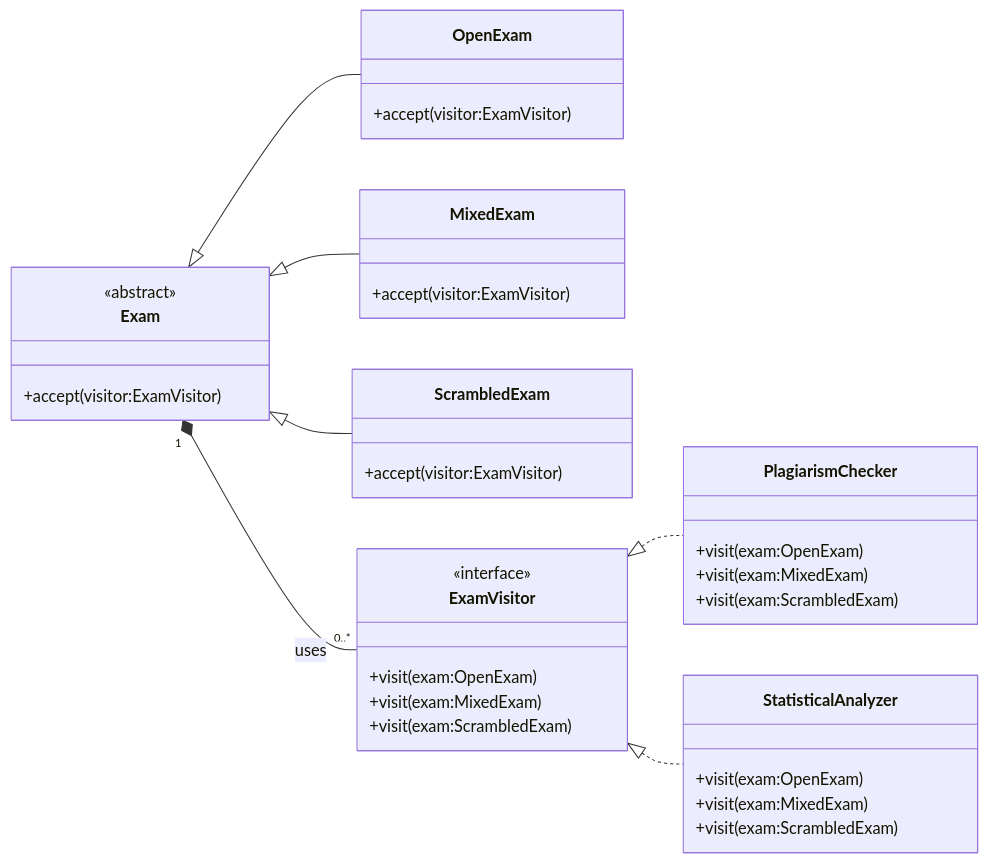
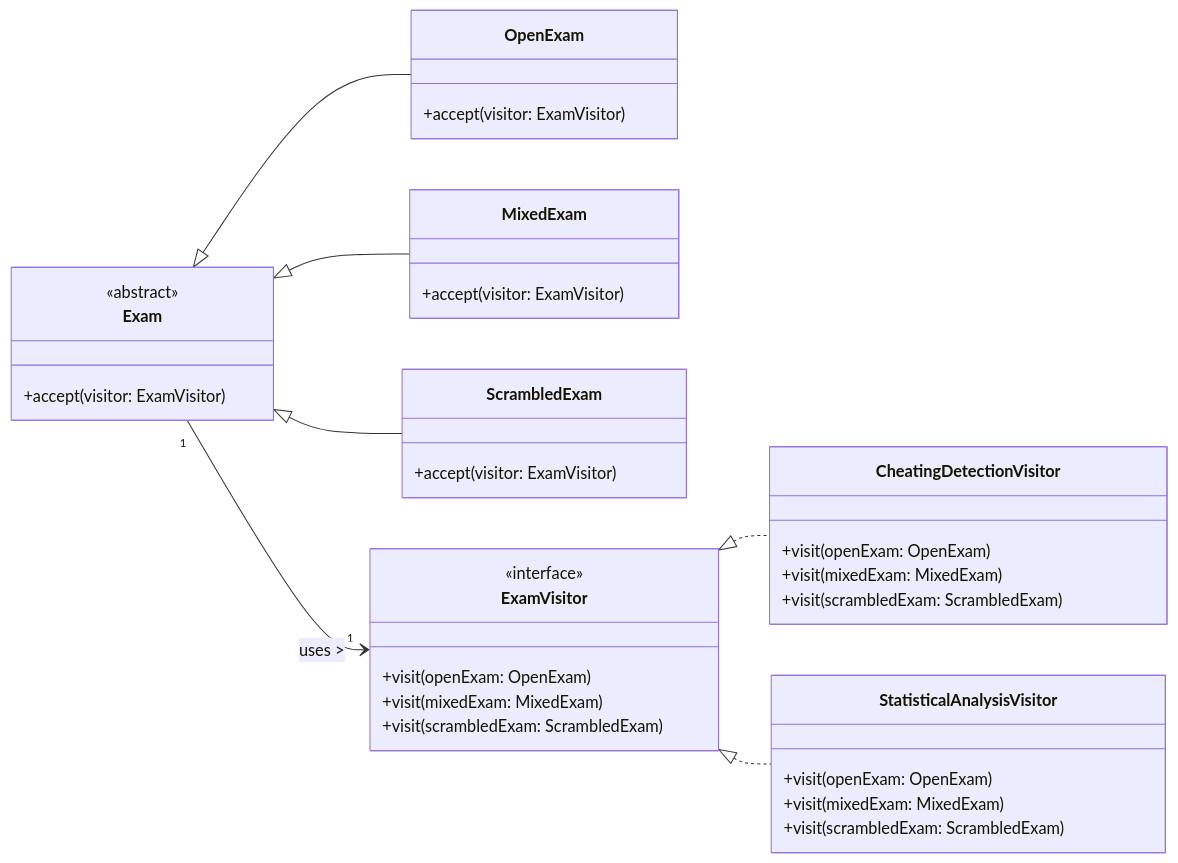
The diagram in questions/exam_2025_B_B_Open_q3/question.md (golansha/oopd-public-site), drawn with Mermaid before and after one commit. The commit also changed other lines of this file and 35 other files, not shown here.

````diff
--- a/questions/exam_2025_B_B_Open_q3/question.md
+++ b/questions/exam_2025_B_B_Open_q3/question.md
@@ -55,44 +31,47 @@
 ```mermaid
 classDiagram
     direction LR
+
     class Exam {
         <<abstract>>
-        +accept(visitor:ExamVisitor)
+        +accept(visitor: ExamVisitor)
     }
+
     class OpenExam {
-        +accept(visitor:ExamVisitor)
+        +accept(visitor: ExamVisitor)
     }
     class MixedExam {
-        +accept(visitor:ExamVisitor)
+        +accept(visitor: ExamVisitor)
     }
     class ScrambledExam {
-        +accept(visitor:ExamVisitor)
+        +accept(visitor: ExamVisitor)
     }
 
     Exam <|-- OpenExam
     Exam <|-- MixedExam
     Exam <|-- ScrambledExam
 
     class ExamVisitor {
         <<interface>>
-        +visit(exam:OpenExam)
-        +visit(exam:MixedExam)
-        +visit(exam:ScrambledExam)
+        +visit(openExam: OpenExam)
+        +visit(mixedExam: MixedExam)
+        +visit(scrambledExam: ScrambledExam)
     }
 
-    class PlagiarismChecker {
-        +visit(exam:OpenExam)
-        +visit(exam:MixedExam)
-        +visit(exam:ScrambledExam)
+    class CheatingDetectionVisitor {
+        +visit(openExam: OpenExam)
+        +visit(mixedExam: MixedExam)
+        +visit(scrambledExam: ScrambledExam)
     }
-    class StatisticalAnalyzer {
-        +visit(exam:OpenExam)
-        +visit(exam:MixedExam)
-        +visit(exam:ScrambledExam)
+    class StatisticalAnalysisVisitor {
+        +visit(openExam: OpenExam)
+        +visit(mixedExam: MixedExam)
+        +visit(scrambledExam: ScrambledExam)
     }
 
-    ExamVisitor <|.. PlagiarismChecker
-    ExamVisitor <|.. StatisticalAnalyzer
+    ExamVisitor <|.. CheatingDetectionVisitor
+    ExamVisitor <|.. StatisticalAnalysisVisitor
 
-    Exam "1" *-- "0..*" ExamVisitor : uses
+    Exam "1" --> "1" ExamVisitor : uses >
+
 ```
````
